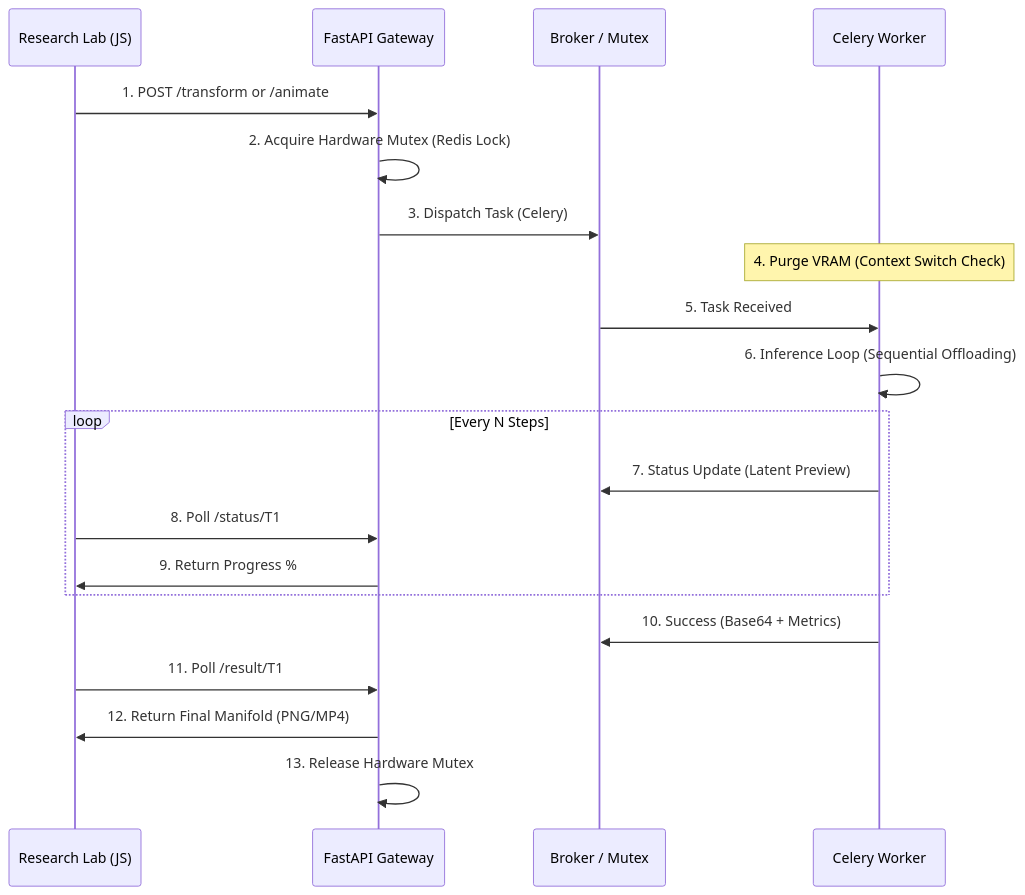
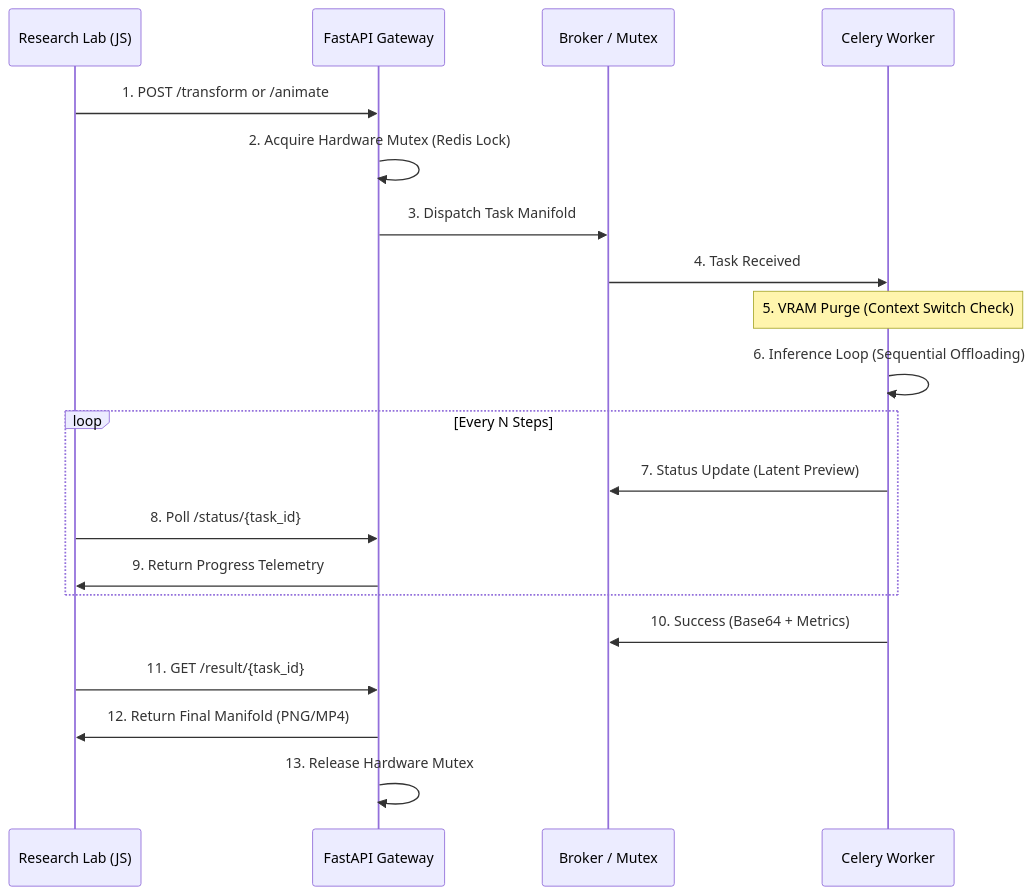
Before and after one commit to enriquegonzalezgutierrez/z_realism_ai: the third of 3 diagrams in README.md, drawn with Mermaid. The commit also changed other lines of this file and 118 other files, not shown here.

````diff
--- a/README.md
+++ b/README.md
@@ -91,23 +91,23 @@
 ```mermaid
 sequenceDiagram
     participant UI as Research Lab (JS)
     participant API as FastAPI Gateway
     participant Redis as Broker / Mutex
     participant Worker as Celery Worker
     
     UI->>API: 1. POST /transform or /animate
     API->>API: 2. Acquire Hardware Mutex (Redis Lock)
-    API->>Redis: 3. Dispatch Task (Celery)
-    Note over Worker: 4. Purge VRAM (Context Switch Check)
-    Redis->>Worker: 5. Task Received
+    API->>Redis: 3. Dispatch Task Manifold
+    Redis->>Worker: 4. Task Received
+    Note over Worker: 5. VRAM Purge (Context Switch Check)
     Worker->>Worker: 6. Inference Loop (Sequential Offloading)
     loop Every N Steps
         Worker->>Redis: 7. Status Update (Latent Preview)
-        UI->>API: 8. Poll /status/T1
-        API->>UI: 9. Return Progress %
+        UI->>API: 8. Poll /status/{task_id}
+        API->>UI: 9. Return Progress Telemetry
     end
     Worker->>Redis: 10. Success (Base64 + Metrics)
-    UI->>API: 11. Poll /result/T1
+    UI->>API: 11. GET /result/{task_id}
     API->>UI: 12. Return Final Manifold (PNG/MP4)
     API->>API: 13. Release Hardware Mutex
 ```
````
